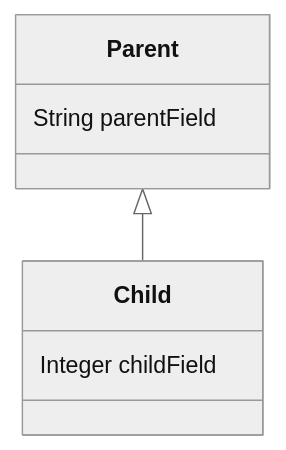
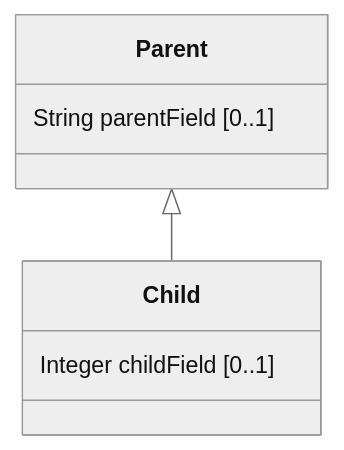
Before and after one commit to flemming-n-larsen/JSONSchema-to-Mermaid: the sixth of 6 diagrams in README.md, drawn with Mermaid (neutral theme). The commit also changed other lines of this file and 5 other files, not shown here.

Commit message:
Add optional cardinality notation for fields in MermaidGenerator output

````diff
--- a/README.md
+++ b/README.md
@@ -287,10 +286,10 @@
 ```mermaid
 classDiagram
   class Parent {
-    String parentField
+    String parentField [0..1]
   }
   class Child {
-    Integer childField
+    Integer childField [0..1]
   }
   Parent <|-- Child
 ```
````
